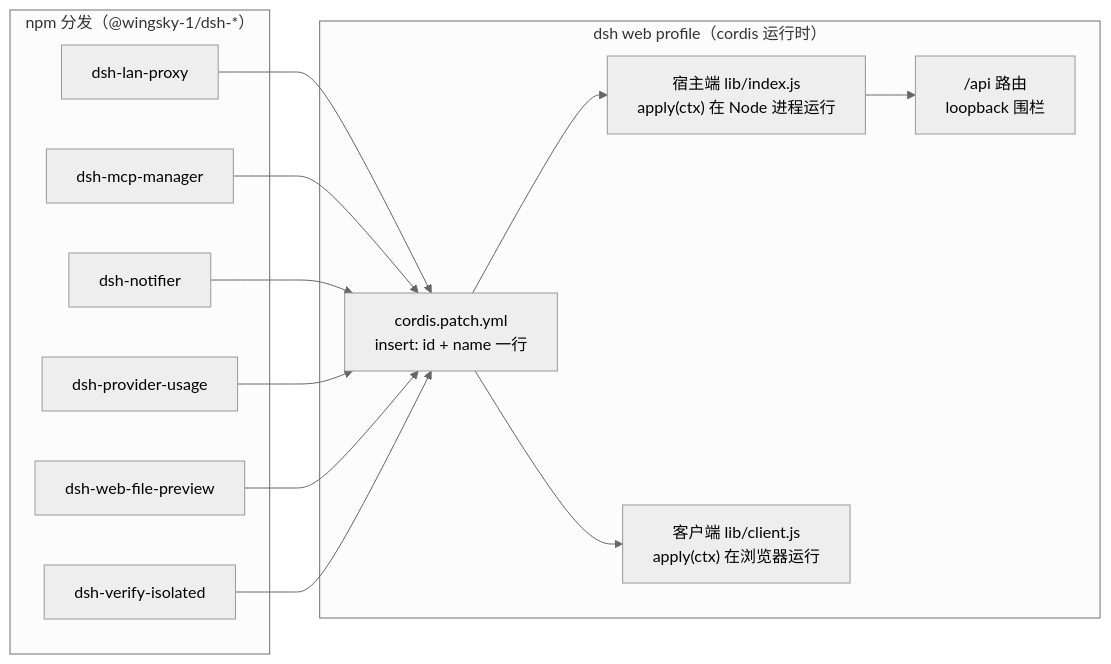
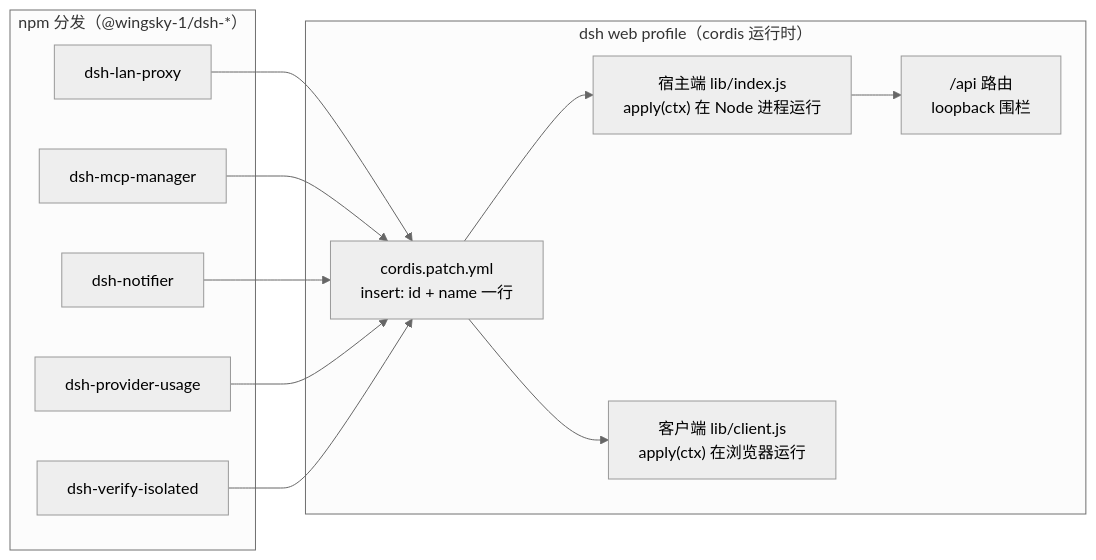
Before and after one commit to wingsky-1/dsh-plugin-hub: the diagram in docs/architecture/README.md, drawn with Mermaid (neutral theme). The commit also changed other lines of this file and 79 other files, not shown here.

First line of the commit message:
chore(retire): 退役 dsh-web-file-preview——官方 0.1.6 接管提及点击后仅剩显式外开入口（#840）

````diff
--- a/docs/architecture/README.md
+++ b/docs/architecture/README.md
@@ -32,28 +31,26 @@
 ```mermaid
 flowchart LR
     subgraph npm["npm 分发（@wingsky-1/dsh-*）"]
         P1["dsh-lan-proxy"]
         P2["dsh-mcp-manager"]
         P3["dsh-notifier"]
         P4["dsh-provider-usage"]
-        P5["dsh-web-file-preview"]
-        P6["dsh-verify-isolated"]
+        P5["dsh-verify-isolated"]
     end
 
     subgraph profile["dsh web profile（cordis 运行时）"]
         CORDIS["cordis.patch.yml<br/>insert: id + name 一行"]
         HOST["宿主端 lib/index.js<br/>apply(ctx) 在 Node 进程运行"]
         CLIENT["客户端 lib/client.js<br/>apply(ctx) 在浏览器运行"]
         ROUTES["/api 路由<br/>loopback 围栏"]
         CORDIS --> HOST
         CORDIS --> CLIENT
         HOST --> ROUTES
     end
 
     P1 --> CORDIS
     P2 --> CORDIS
     P3 --> CORDIS
     P4 --> CORDIS
     P5 --> CORDIS
-    P6 --> CORDIS
 ```
````
